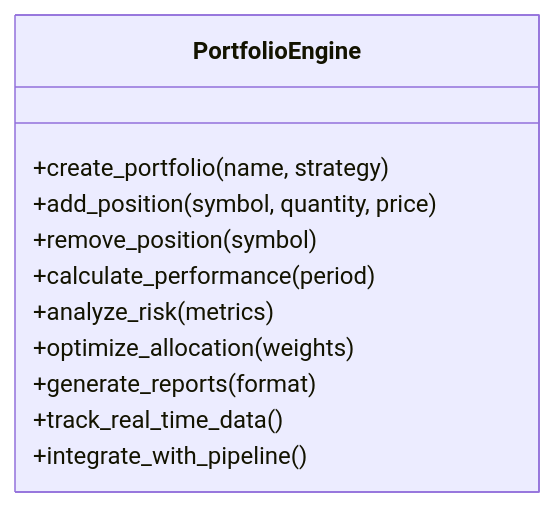
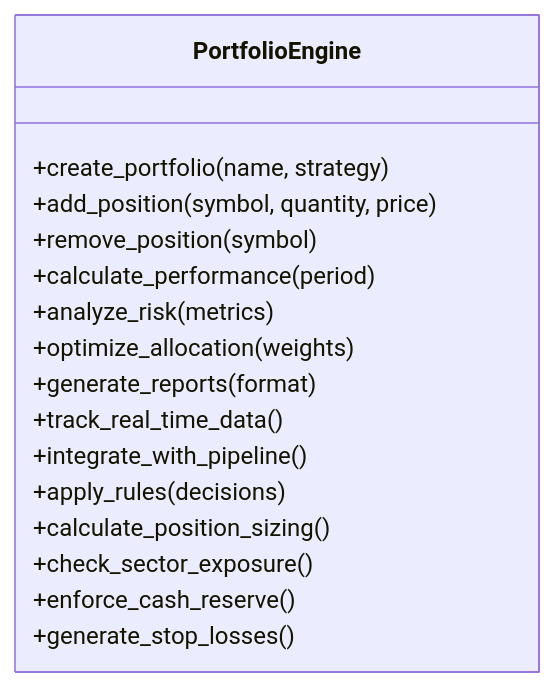
Before and after one commit to ZengSeng/telegram-bot: diagram 14 of 21 in .qoder/repowiki/en/content/Core Components/Data Engineering Module/Data Engineering Module.md, drawn with Mermaid. The commit also changed other lines of this file and 15 other files, not shown here.

````diff
--- a/.qoder/repowiki/en/content/Core Components/Data Engineering Module/Data Engineering Module.md
+++ b/.qoder/repowiki/en/content/Core Components/Data Engineering Module/Data Engineering Module.md
@@ -549,14 +865,19 @@
 ```mermaid
 classDiagram
 class PortfolioEngine {
 +create_portfolio(name, strategy)
 +add_position(symbol, quantity, price)
 +remove_position(symbol)
 +calculate_performance(period)
 +analyze_risk(metrics)
 +optimize_allocation(weights)
 +generate_reports(format)
 +track_real_time_data()
 +integrate_with_pipeline()
++apply_rules(decisions)
++calculate_position_sizing()
++check_sector_exposure()
++enforce_cash_reserve()
++generate_stop_losses()
 }
 ```
````
